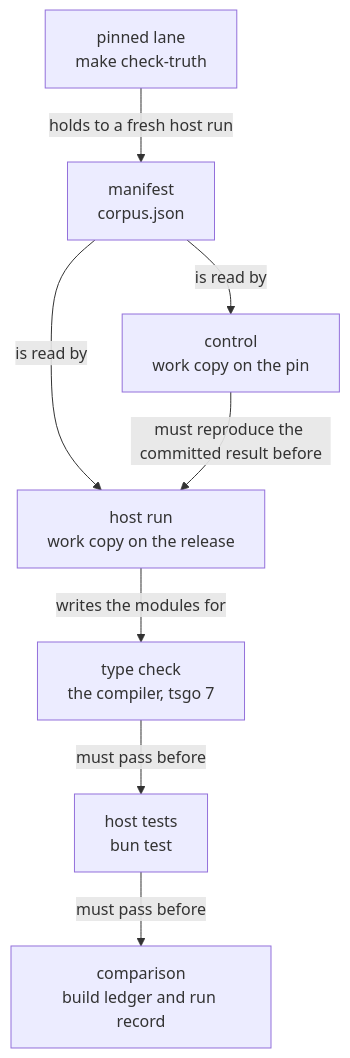
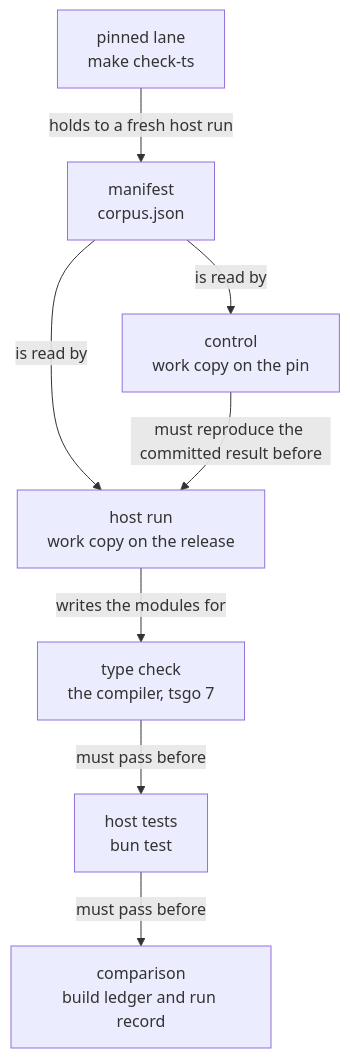
The diagram in harness/truth/RELEASE-LANE.md (pure-algebra/lean4-effect4), drawn with Mermaid before and after one commit. The commit also changed other lines of this file and 110 other files, not shown here.

````diff
--- a/harness/truth/RELEASE-LANE.md
+++ b/harness/truth/RELEASE-LANE.md
@@ -33,17 +35,17 @@
 ```mermaid
 flowchart TD
-  PIN["pinned lane<br/>make check-truth"]
+  PIN["pinned lane<br/>make check-ts"]
   MAN["manifest<br/>corpus.json"]
   CON["control<br/>work copy on the pin"]
   REL["host run<br/>work copy on the release"]
   TYP["type check<br/>the compiler, tsgo 7"]
   TST["host tests<br/>bun test"]
   JUD["comparison<br/>build ledger and run record"]
   PIN -->|holds to a fresh host run| MAN
   MAN -->|is read by| CON
   MAN -->|is read by| REL
   CON -->|must reproduce the committed result before| REL
   REL -->|writes the modules for| TYP
   TYP -->|must pass before| TST
   TST -->|must pass before| JUD
 ```
````
